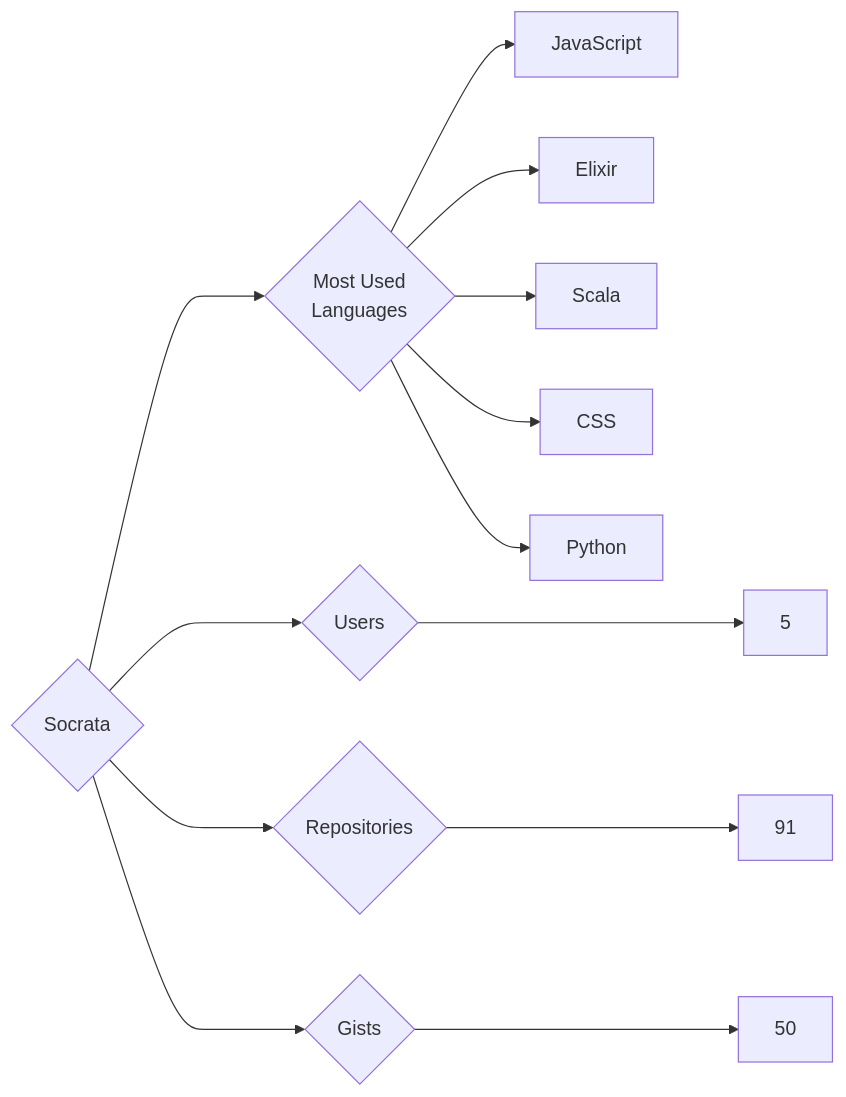
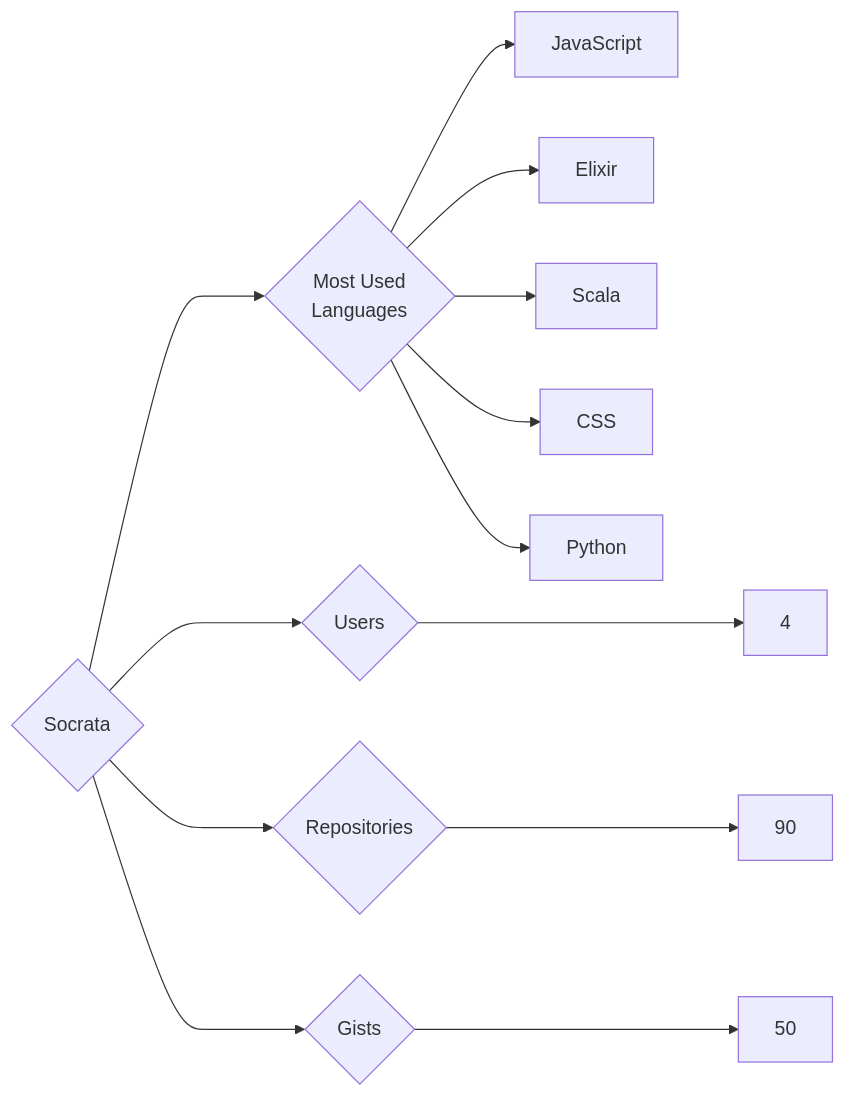
One commit to trickest/insiders changed the diagram in targets/Socrata/README.md. Above: the diagram before and after it, drawn with Mermaid. The commit also changed 833 other files, not shown here.

````diff
--- a/targets/Socrata/README.md
+++ b/targets/Socrata/README.md
@@ -3,13 +3,13 @@
 ```mermaid
 graph LR
 COMPANY_NAME{Socrata}
-COMPANY_NAME ---> U{Users} ---> UN[5]
-COMPANY_NAME ---> R{Repositories} ---> RN[91]
+COMPANY_NAME ---> U{Users} ---> UN[4]
+COMPANY_NAME ---> R{Repositories} ---> RN[90]
 COMPANY_NAME ---> G{Gists} ---> GN[50]
 COMPANY_NAME ---> ML{Most Used<br>Languages}
 ML --> JavaScript[JavaScript]
 ML --> Elixir[Elixir]
 ML --> Scala[Scala]
 ML --> CSS[CSS]
 ML --> Python[Python]
 ```
````
